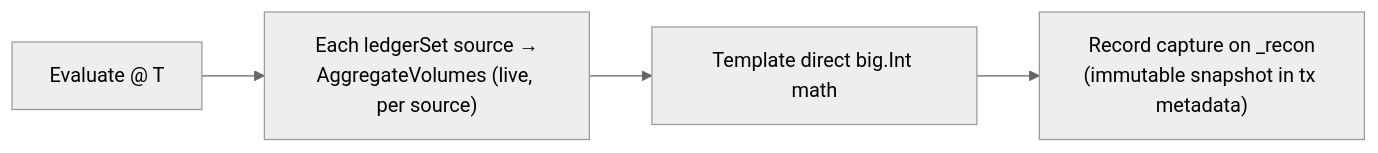
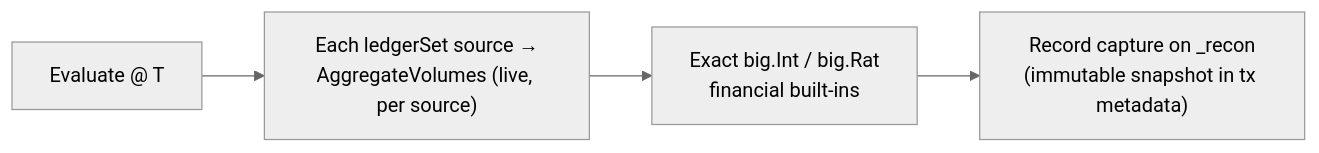
Before and after one commit to formancehq/reconciliation: the seventh of 7 diagrams in docs/technical/workflows.md, drawn with Mermaid (neutral theme). The commit also changed other lines of this file and 77 other files, not shown here.

Commit message:
feat(reconciliation): add multi-source rules and audit timelines

````diff
--- a/docs/technical/workflows.md
+++ b/docs/technical/workflows.md
@@ -221,6 +231,6 @@
 ```mermaid
 flowchart LR
     Tick[Evaluate @ T] --> Read["Each ledgerSet source →<br/>AggregateVolumes (live, per source)"]
-    Read --> Math[Template direct big.Int math]
+    Read --> Math["Exact big.Int / big.Rat<br/>financial built-ins"]
     Math --> Cap["Record capture on _recon<br/>(immutable snapshot in tx metadata)"]
 ```
````
